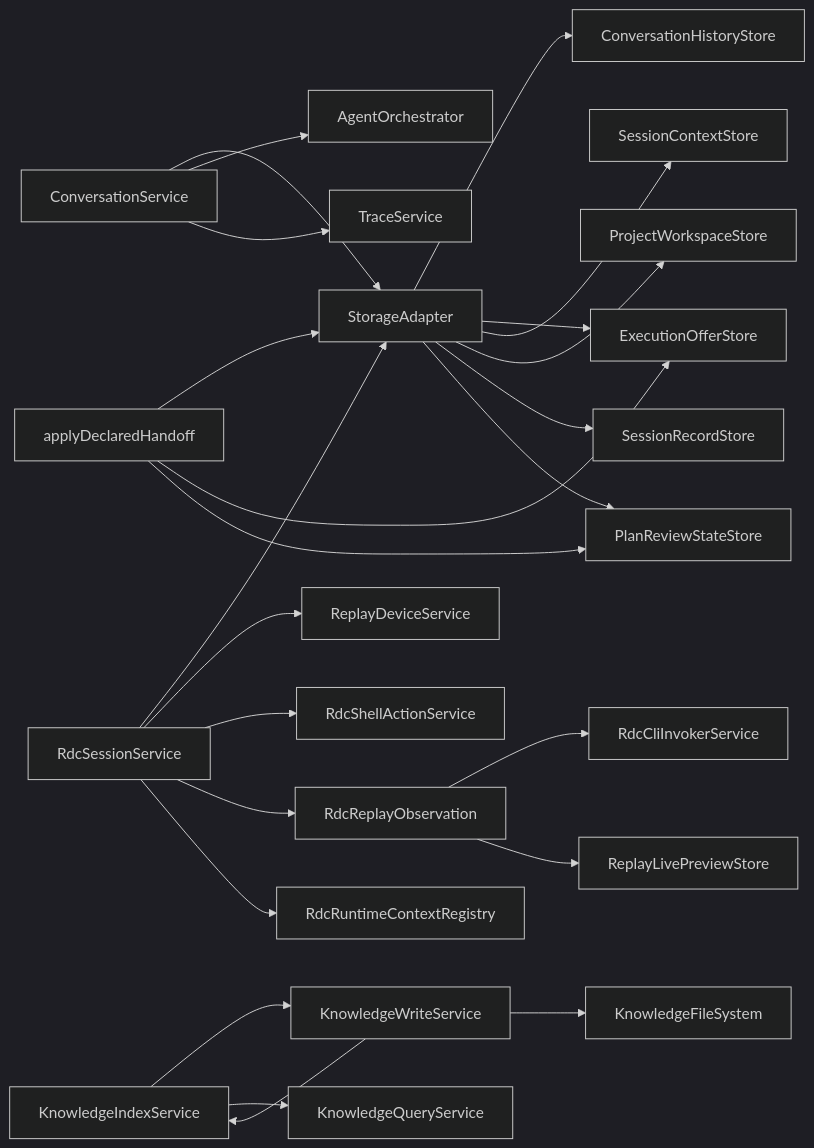
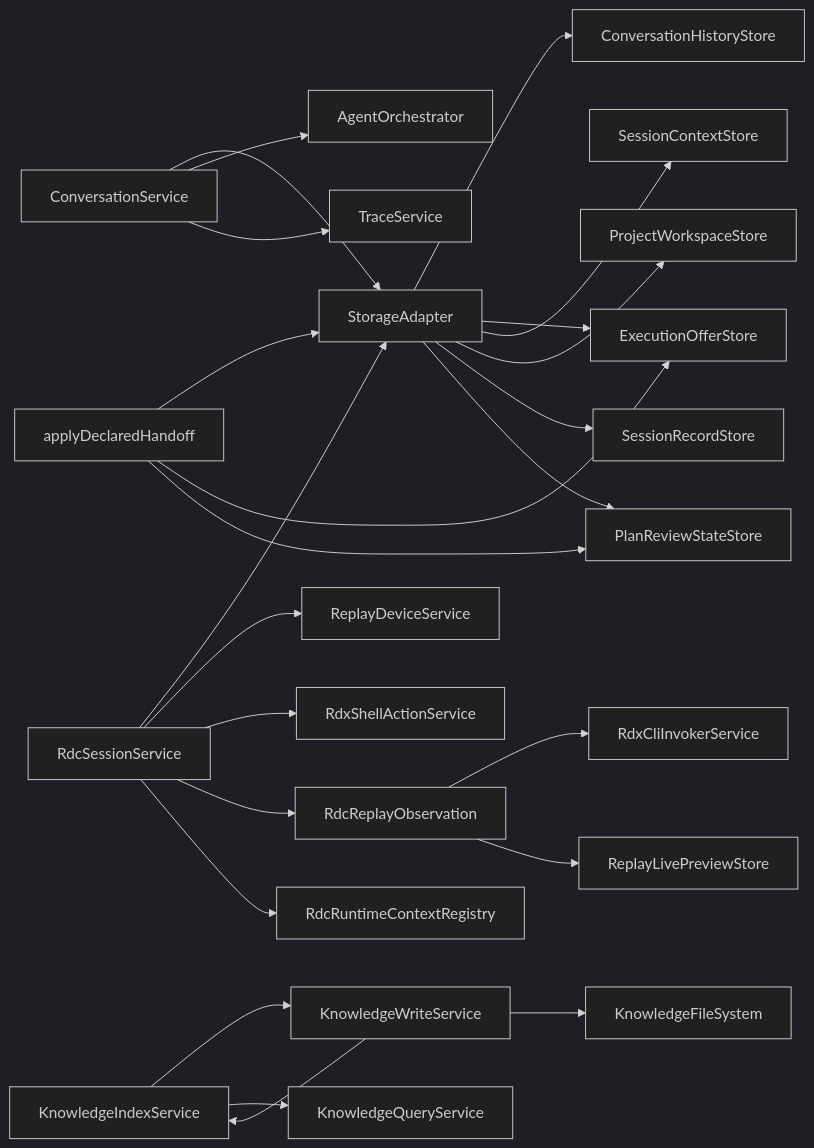
The ninth of 9 diagrams in .qoder/repowiki/zh/content/核心模块/会话管理系统/会话管理系统.md (haolange/RDC-Agent), drawn with Mermaid (dark theme) before and after one commit. The commit also changed other lines of this file and 150 other files, not shown here.

````diff
--- a/.qoder/repowiki/zh/content/核心模块/会话管理系统/会话管理系统.md
+++ b/.qoder/repowiki/zh/content/核心模块/会话管理系统/会话管理系统.md
@@ -531,26 +532,26 @@
 ```mermaid
 graph LR
 CS["ConversationService"] --> SA["StorageAdapter"]
 CS --> AO["AgentOrchestrator"]
 CS --> TS["TraceService"]
 RS["RdcSessionService"] --> SA
 RS --> RDS["ReplayDeviceService"]
-RS --> RSA["RdcShellActionService"]
+RS --> RSA["RdxShellActionService"]
 RS --> RRO["RdcReplayObservation"]
 RS --> RRCR["RdcRuntimeContextRegistry"]
 SA --> CHS["ConversationHistoryStore"]
 SA --> EOS["ExecutionOfferStore"]
 SA --> SCJ["SessionContextStore"]
 SA --> PWS["ProjectWorkspaceStore"]
 SA --> SRS["SessionRecordStore"]
 SA --> PRS["PlanReviewStateStore"]
 ADH["applyDeclaredHandoff"] --> SA
 ADH --> EOS
 ADH --> PRS
 KIS["KnowledgeImportService"] --> KWS["KnowledgeWriteService"]
 KIS --> KQS["KnowledgeQueryService"]
 KWS --> KIS["KnowledgeIndexService"]
 KWS --> KFS["KnowledgeFileSystem"]
-RRO --> RCIS["RdcCliInvokerService"]
+RRO --> RCIS["RdxCliInvokerService"]
 RRO --> RLPS["ReplayLivePreviewStore"]
 ```
````
